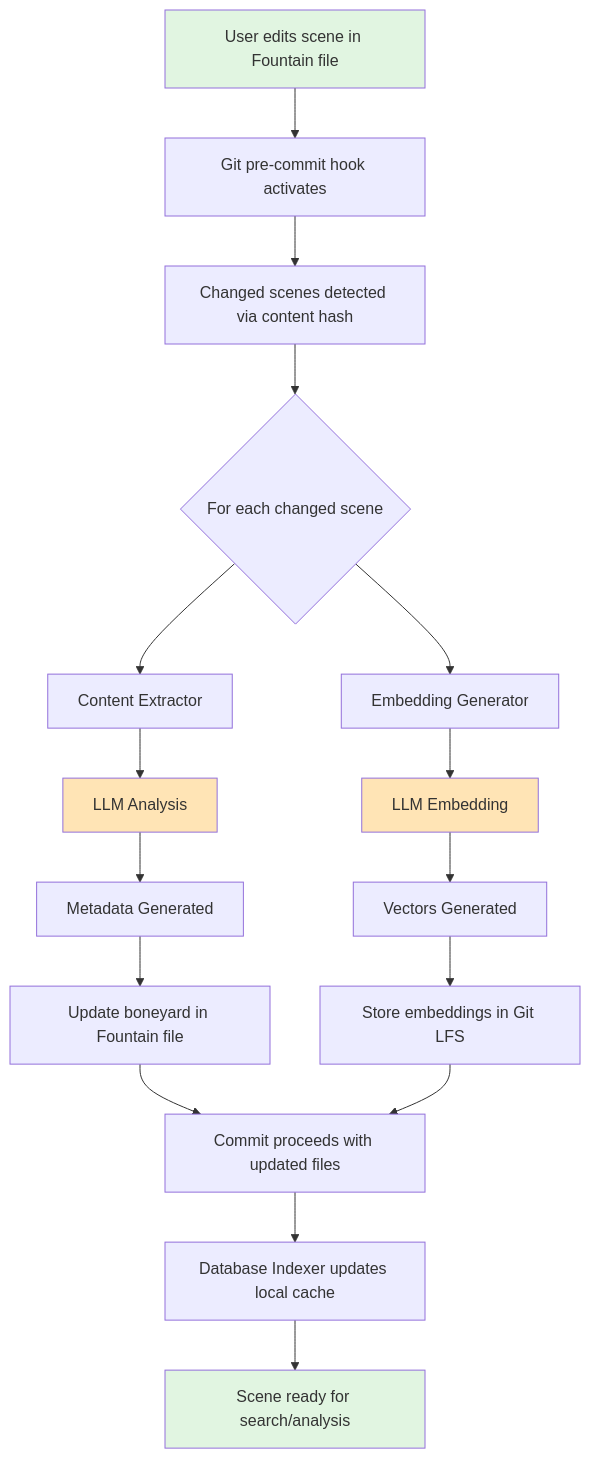
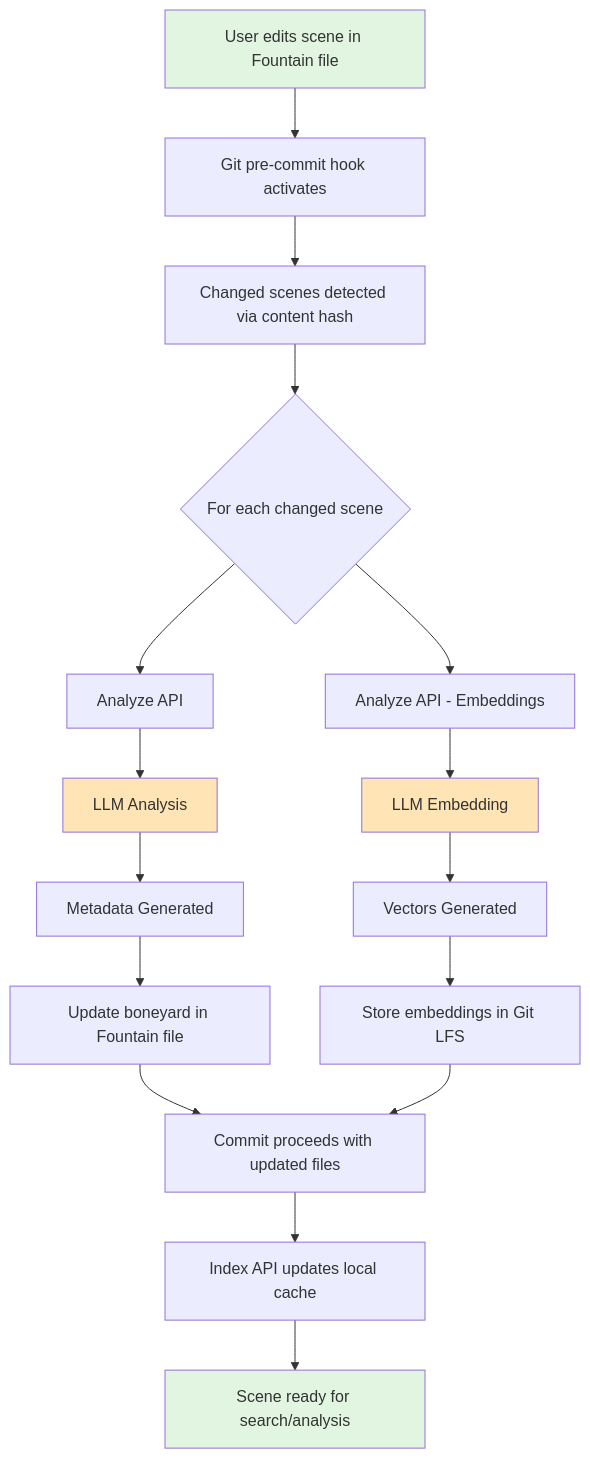
The third of 4 diagrams in ARCHITECTURE.md (trieloff/scriptrag), drawn with Mermaid before and after one commit. The commit also changed other lines of this file and 6 other files, not shown here.

First line of the commit message:
refactor(architecture): rename Content Extractor and Embedding Generator to Analyze API and Index API

````diff
--- a/ARCHITECTURE.md
+++ b/ARCHITECTURE.md
@@ -490,28 +499,28 @@
 ```mermaid
 flowchart TD
     A[User edits scene in Fountain file] --> B[Git pre-commit hook activates]
     B --> C[Changed scenes detected via content hash]
     C --> D{For each changed scene}
 
-    D --> E[Content Extractor]
+    D --> E[Analyze API]
     E --> F[LLM Analysis]
     F --> G[Metadata Generated]
 
-    D --> H[Embedding Generator]
+    D --> H[Analyze API - Embeddings]
     H --> I[LLM Embedding]
     I --> J[Vectors Generated]
 
     G --> K[Update boneyard in Fountain file]
     J --> L[Store embeddings in Git LFS]
 
     K --> M[Commit proceeds with updated files]
     L --> M
 
-    M --> N[Database Indexer updates local cache]
+    M --> N[Index API updates local cache]
     N --> O[Scene ready for search/analysis]
 
     style A fill:#e1f5e1
     style O fill:#e1f5e1
     style F fill:#ffe4b5
     style I fill:#ffe4b5
 ```
````
